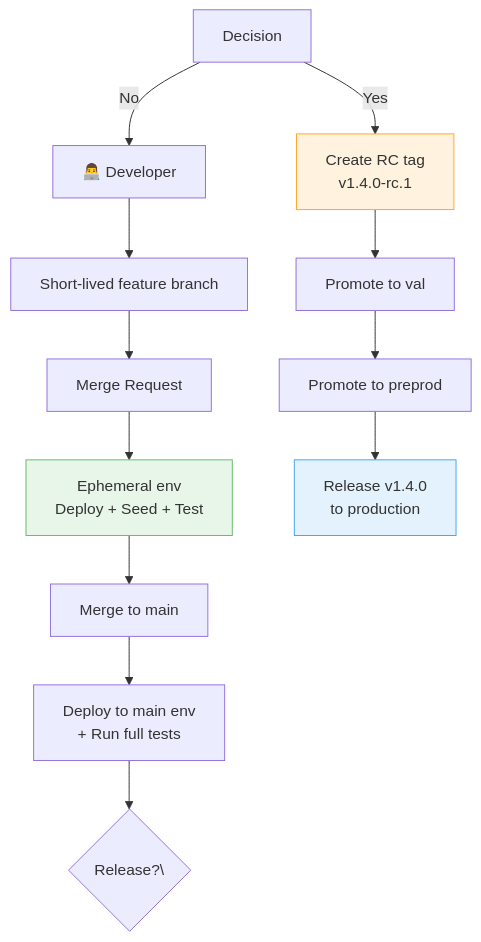
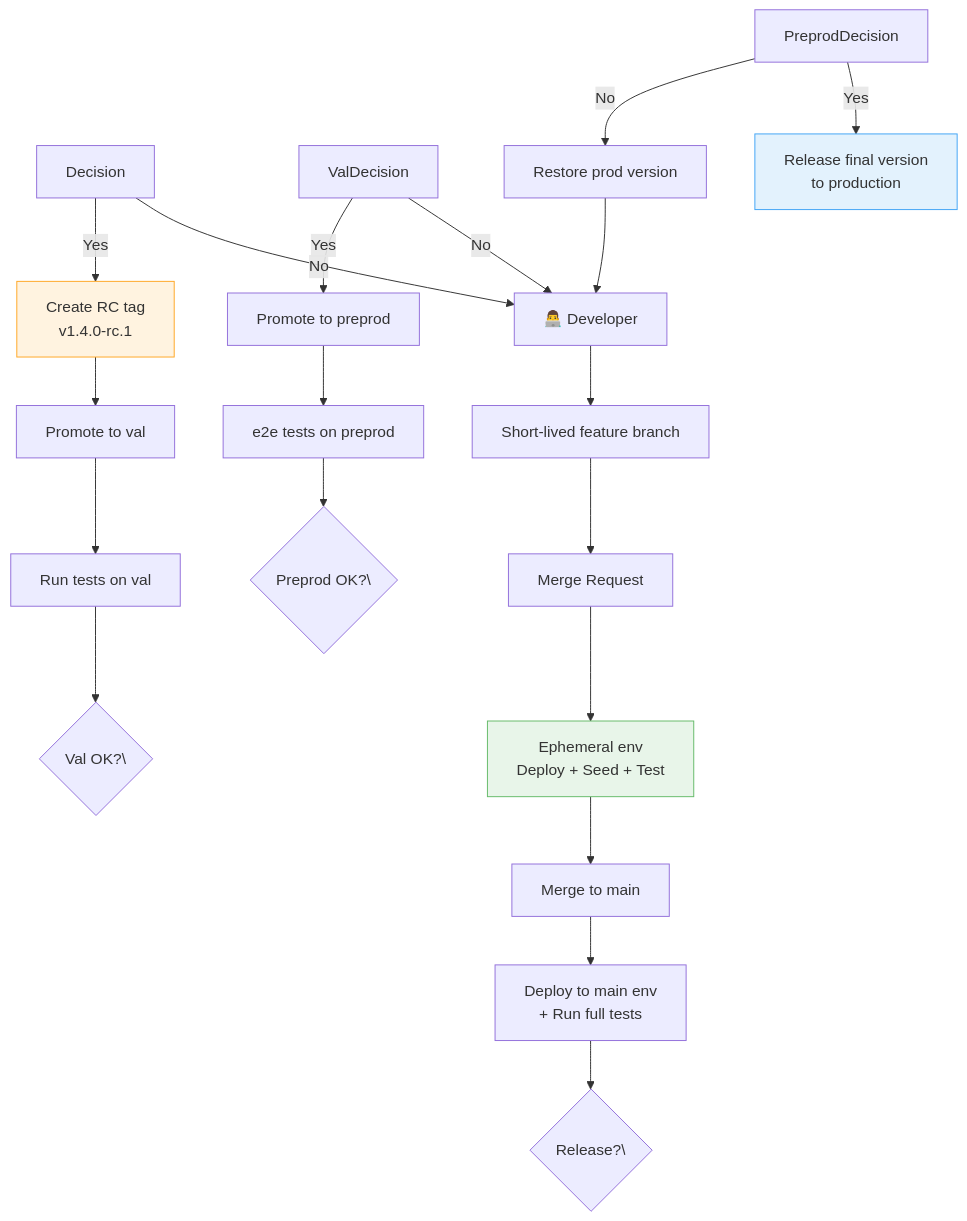
The seventh of 8 diagrams in content/posts/2026-04-16-trunk-based-development-gitlab-gitops.md/index.md (sunix/blog.sunix.org), drawn with Mermaid before and after one commit.

Commit message:
feat: add yes/no validation steps for val and preprod in Full Picture flowchart
Agent-Logs-Url: https://github.com/sunix/blog.sunix.org/sessions/ceca93ec-ca2d-4517-a052-a61884d56b40

````diff
--- a/content/posts/2026-04-16-trunk-based-development-gitlab-gitops.md/index.md
+++ b/content/posts/2026-04-16-trunk-based-development-gitlab-gitops.md/index.md
@@ -297,18 +297,25 @@
 ```mermaid
 flowchart TD
     Dev[👨‍💻 Developer] --> Branch[Short-lived feature branch]
     Branch --> MR[Merge Request]
     MR --> EphEnv[Ephemeral env\nDeploy + Seed + Test]
     EphEnv --> Merge[Merge to main]
     Merge --> Deploy[Deploy to main env\n+ Run full tests]
     Deploy --> Decision\{Release?\}
+    Decision -- No --> Dev
     Decision -- Yes --> RC[Create RC tag\nv1.4.0-rc.1]
     RC --> Val[Promote to val]
-    Val --> Preprod[Promote to preprod]
-    Preprod --> Prod[Release v1.4.0\nto production]
-    Decision -- No --> Dev
+    Val --> ValTests[Run tests on val]
+    ValTests --> ValDecision\{Val OK?\}
+    ValDecision -- No --> Dev
+    ValDecision -- Yes --> Preprod[Promote to preprod]
+    Preprod --> PreprodTests[e2e tests on preprod]
+    PreprodTests --> PreprodDecision\{Preprod OK?\}
+    PreprodDecision -- Yes --> Prod[Release final version\nto production]
+    PreprodDecision -- No --> Restore[Restore prod version]
+    Restore --> Dev
 
     style EphEnv fill:#e8f5e9,stroke:#66bb6a
     style RC fill:#fff3e0,stroke:#ffa726
     style Prod fill:#e3f2fd,stroke:#42a5f5
 ```
````
